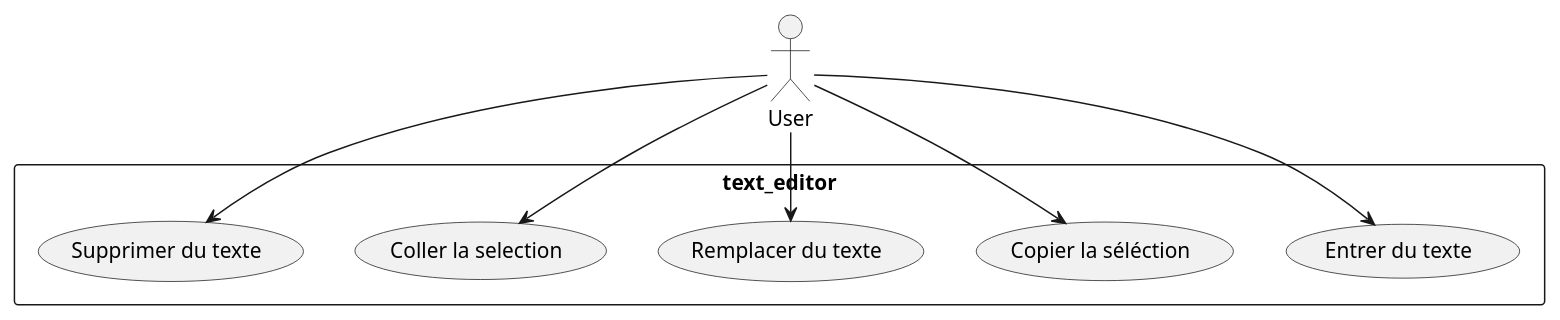
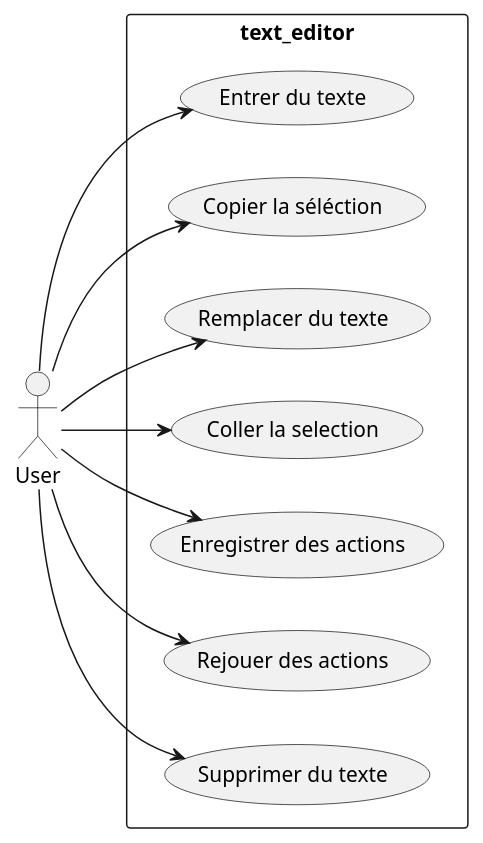
Before and after one commit to Camille-Molinier/text-editor: the diagram in V2/Conception/UseCase.puml, drawn with PlantUML. The commit also changed 1 other file, not shown here.

Commit message:
Class diagram V2 + refactor srcV2 module

```diff
--- a/V2/Conception/UseCase.puml
+++ b/V2/Conception/UseCase.puml
@@ -1,24 +1,30 @@
 @startuml
 'https://plantuml.com/use-case-diagram
 
-'left to right direction
+left to right direction
 skinparam packageStyle rect
 skinparam shadowing false
 
 actor User
 
 rectangle text_editor {
     usecase "Entrer du texte" as txt
     usecase "Supprimer du texte" as select
     usecase "Copier la séléction" as cp
     usecase "Coller la selection" as paste
     usecase "Remplacer du texte" as replace
+    usecase "Enregistrer des actions" as rec
+    usecase "Rejouer des actions" as load
+
+  User -> txt
+  User --> select
+  User -> cp
+  User -> replace
+  User -> paste
+  User -> rec
+  User -> load
 }
 
-User -> txt
-User --> select
-User -> cp
-User -> replace
-User -> paste
+
 
 @enduml
```
